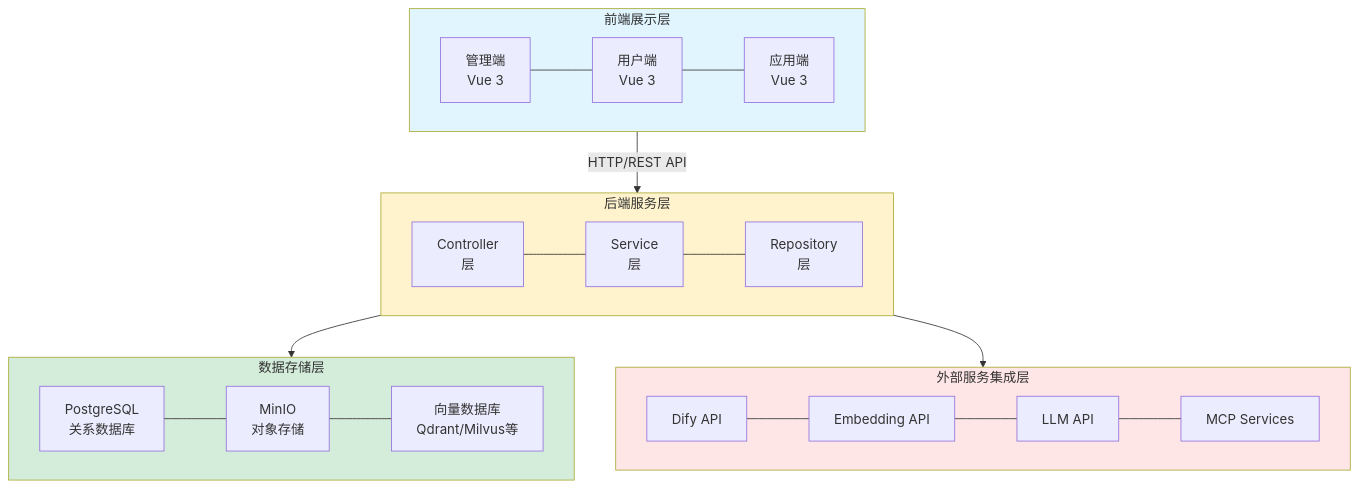
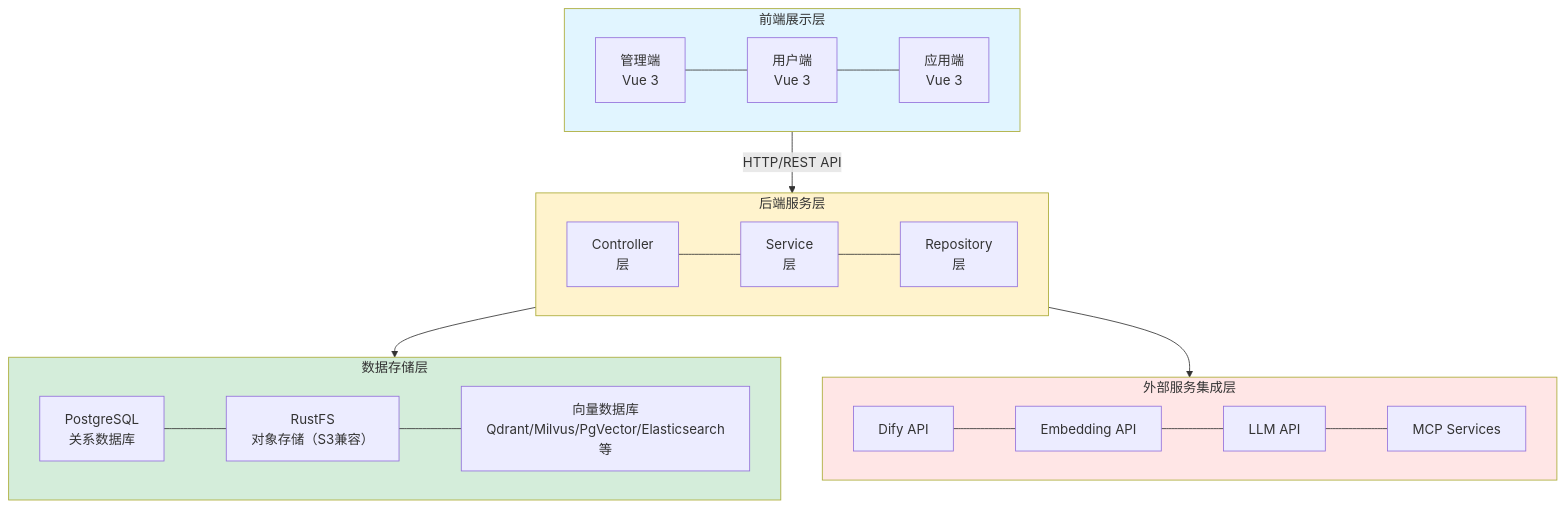
The diagram in backend/doc/1.系统概要设计报告.md (NanoAgentCode/DifyApp), drawn with Mermaid before and after one commit. The commit also changed other lines of this file and 8 other files, not shown here.

````diff
--- a/backend/doc/1.系统概要设计报告.md
+++ b/backend/doc/1.系统概要设计报告.md
@@ -35,31 +35,31 @@
 ```mermaid
 flowchart TB
     subgraph Frontend["前端展示层"]
         direction LR
         A1[管理端<br/>Vue 3] --- A2[用户端<br/>Vue 3] --- A3[应用端<br/>Vue 3]
     end
     
     subgraph Backend["后端服务层"]
         direction LR
         B1[Controller<br/>层] --- B2[Service<br/>层] --- B3[Repository<br/>层]
     end
     
     subgraph Storage["数据存储层"]
         direction LR
-        C1[PostgreSQL<br/>关系数据库] --- C2[MinIO<br/>对象存储] --- C3[向量数据库<br/>Qdrant/Milvus等]
+        C1[PostgreSQL<br/>关系数据库] --- C2[RustFS<br/>对象存储（S3兼容）] --- C3[向量数据库<br/>Qdrant/Milvus/PgVector/Elasticsearch等]
     end
     
     subgraph External["外部服务集成层"]
         direction LR
         D1[Dify API] --- D2[Embedding API] --- D3[LLM API] --- D4[MCP Services]
     end
     
     Frontend -->|HTTP/REST API| Backend
     Backend --> Storage
     Backend --> External
     
     style Frontend fill:#e1f5ff
     style Backend fill:#fff3cd
     style Storage fill:#d4edda
     style External fill:#ffe6e6
 ```
````
